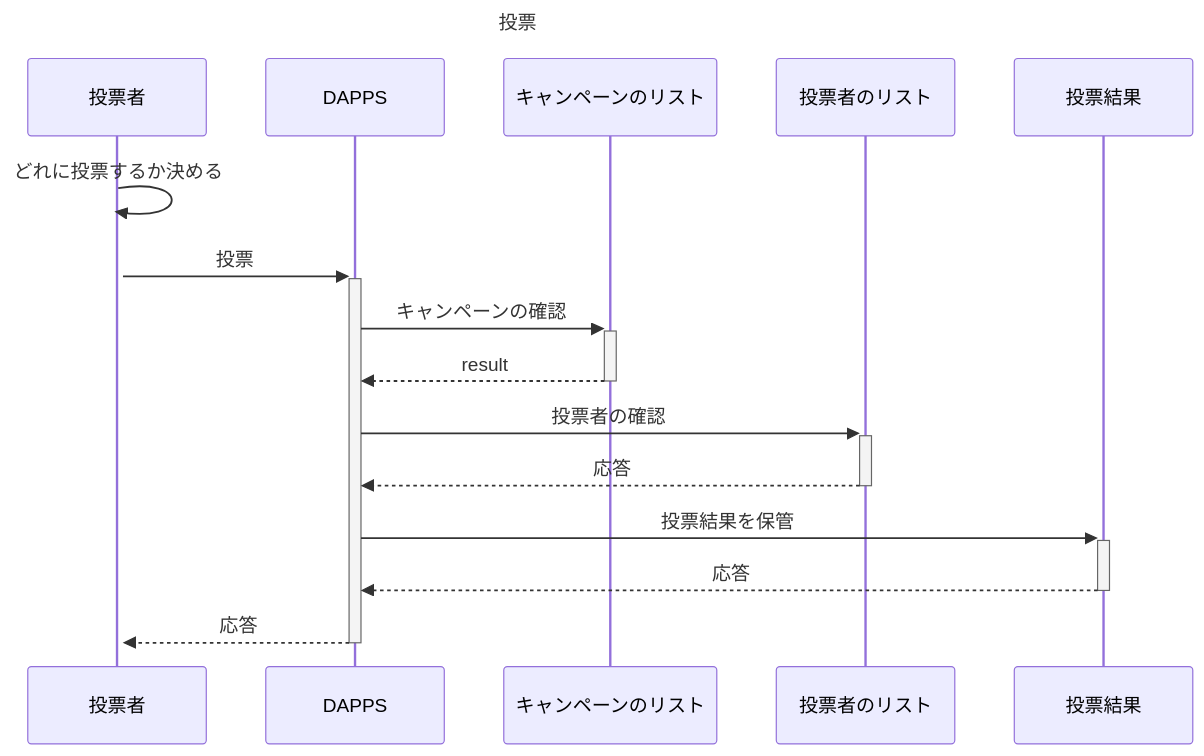
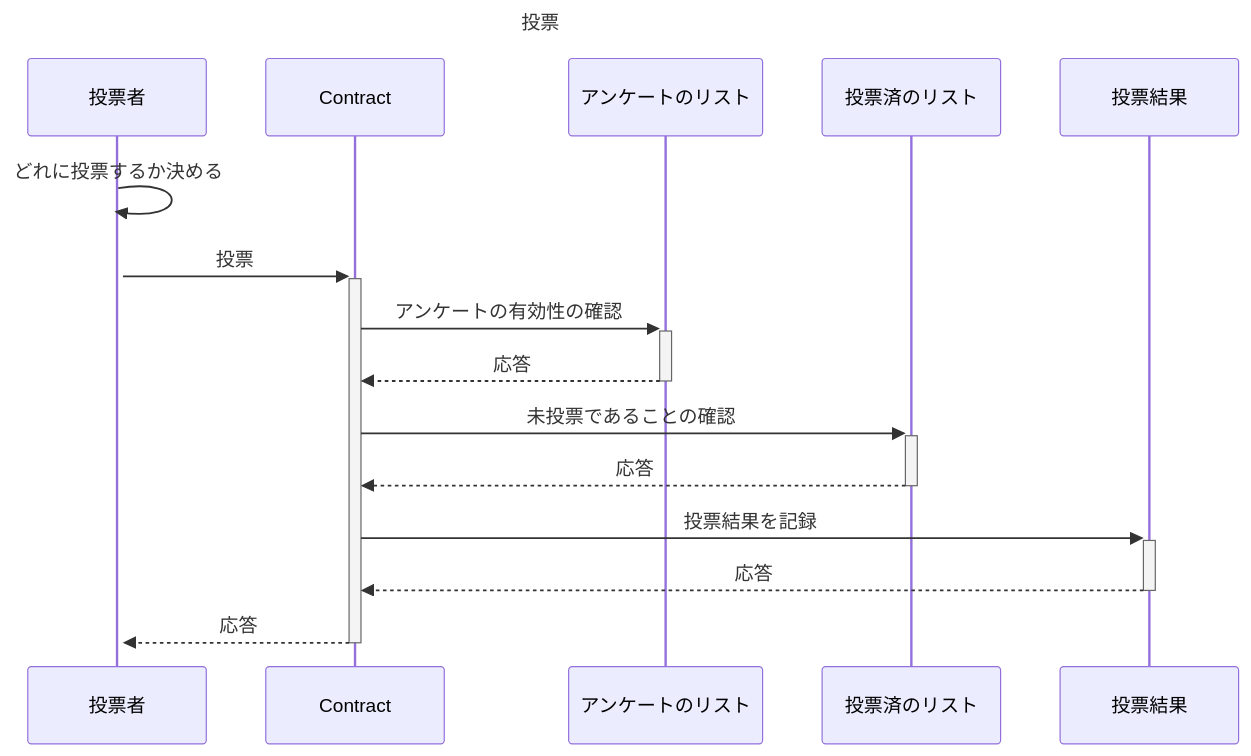
The diagram in sequence-diagram/vote.mmd (PLUSPLUS-JP/crypto-vote), drawn with Mermaid before and after one commit. The commit also changed other lines of this file and 6 other files, not shown here.

```diff
--- a/sequence-diagram/vote.mmd
+++ b/sequence-diagram/vote.mmd
@@ -1,22 +1,22 @@
 sequenceDiagram
 Title: 投票
 participant Voter AS 投票者
-participant DAPPS
-participant CP as キャンペーンのリスト
-participant VT AS 投票者のリスト
+participant DAPPS AS Contract
+participant CP as アンケートのリスト
+participant VT AS 投票済のリスト
 participant RT AS 投票結果
 
 Voter ->>+ Voter: どれに投票するか決める
 
 Voter ->>+ DAPPS: 投票
 
-    DAPPS ->>+ CP: キャンペーンの確認
-    CP -->>- DAPPS : result
+    DAPPS ->>+ CP: アンケートの有効性の確認
+    CP -->>- DAPPS : 応答
 
-    DAPPS ->>+ VT: 投票者の確認
+    DAPPS ->>+ VT: 未投票であることの確認
     VT -->>- DAPPS : 応答
 
-    DAPPS ->>+ RT: 投票結果を保管
+    DAPPS ->>+ RT: 投票結果を記録
     RT -->>- DAPPS : 応答
 
 DAPPS -->>- Voter : 応答
```
